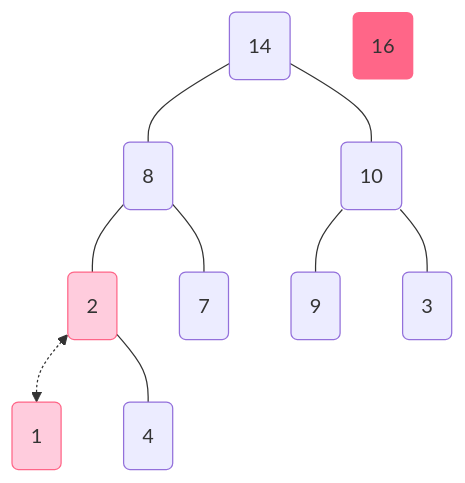
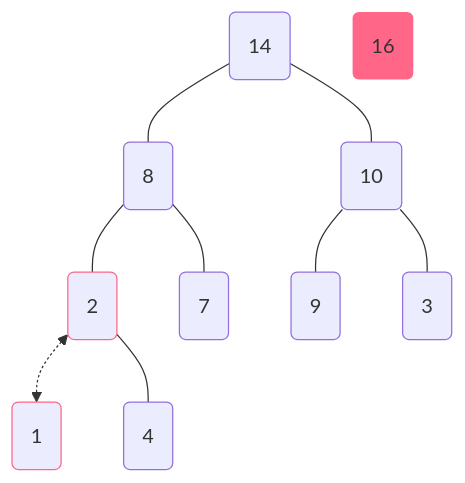
Before and after one commit to KrLite/BrokenThoughts: the sixth of 7 diagrams in docs/notebook/algorithms/sort/heap_sort.md, drawn with Mermaid. The commit also changed other lines of this file and 1 other file, not shown here.

Commit message:
enable mermaid super fences

````diff
--- a/docs/notebook/algorithms/sort/heap_sort.md
+++ b/docs/notebook/algorithms/sort/heap_sort.md
@@ -216,24 +216,24 @@
 ```mermaid
 graph TD
 	1(1)
 	2(2)
 	3(3)
 	4(4)
 	7(7)
 	8(8)
 	9(9)
 	10(10)
 	14(14)
 	16(16)
 	14 --- 8
 	14 --- 10
 	8 --- 2
 	8 --- 7
 	10 --- 9
 	10 --- 3
 	2 <-.-> 1
 	2 --- 4
-	style 1 fill:#fcd,stroke:#f68
-	style 2 fill:#fcd,stroke:#f68
+	style 1 stroke:#f68
+	style 2 stroke:#f68
 	style 16 fill:#f68,stroke-width:0px
 ```
````
